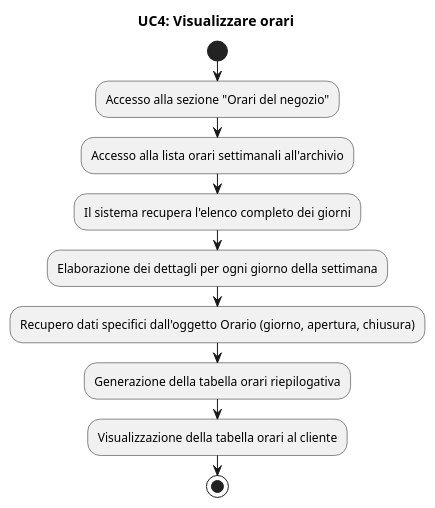
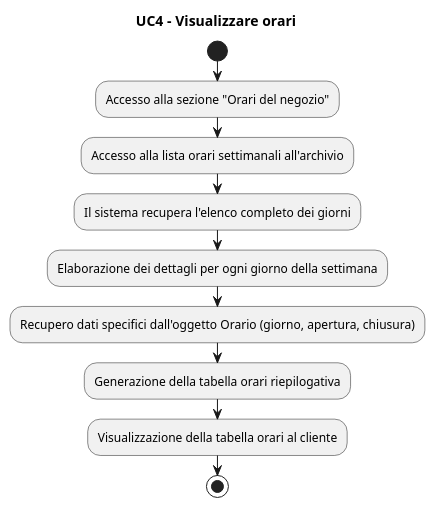
Before and after one commit to Samepsilon/FloWare: the diagram in diagrammiUML/diagrammi di attività/UC4_Visualizzare_Orari_Apertura_e_Chiusura.puml, drawn with PlantUML. The commit also changed 34 other files, not shown here.

```diff
--- a/diagrammiUML/diagrammi di attività/UC4_Visualizzare_Orari_Apertura_e_Chiusura.puml
+++ b/diagrammiUML/diagrammi di attività/UC4_Visualizzare_Orari_Apertura_e_Chiusura.puml
@@ -1,18 +1,18 @@
 @startuml
 
-title UC4: Visualizzare orari
+title UC4 - Visualizzare orari
 start
 
 :Accesso alla sezione "Orari del negozio";
 
 :Accesso alla lista orari settimanali all'archivio;
 :Il sistema recupera l'elenco completo dei giorni;
 
 :Elaborazione dei dettagli per ogni giorno della settimana;
 :Recupero dati specifici dall'oggetto Orario (giorno, apertura, chiusura);
 
 :Generazione della tabella orari riepilogativa;
 :Visualizzazione della tabella orari al cliente;
 
 stop
 @enduml
```
